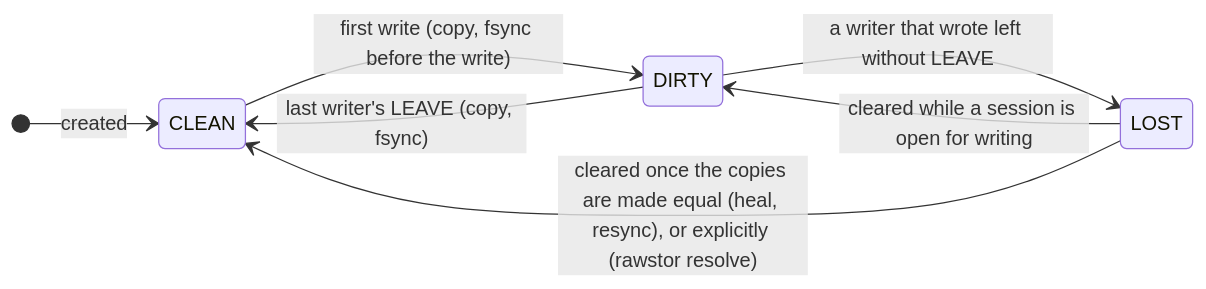
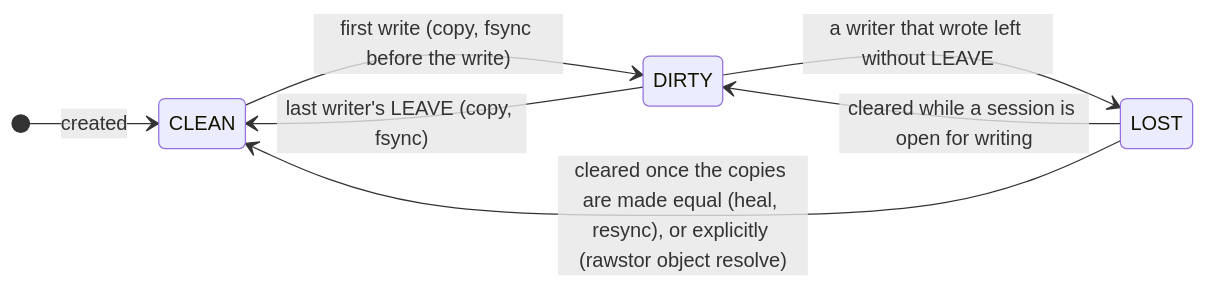
One commit to rawstor/librawstor changed the first of 6 diagrams in docs/mirroring.md. Above: the diagram before and after it, drawn with Mermaid. The commit also changed other lines of this file and 20 other files, not shown here.

````diff
--- a/docs/mirroring.md
+++ b/docs/mirroring.md
@@ -81,10 +81,10 @@
 ```mermaid
 stateDiagram-v2
     direction LR
     [*] --> CLEAN : created
     CLEAN --> DIRTY : first write (copy, fsync before the write)
     DIRTY --> CLEAN : last writer's LEAVE (copy, fsync)
     DIRTY --> LOST : a writer that wrote left without LEAVE
-    LOST --> CLEAN : cleared once the copies are made equal (heal, resync), or explicitly (rawstor resolve)
+    LOST --> CLEAN : cleared once the copies are made equal (heal, resync), or explicitly (rawstor object resolve)
     LOST --> DIRTY : cleared while a session is open for writing
 ```
````
